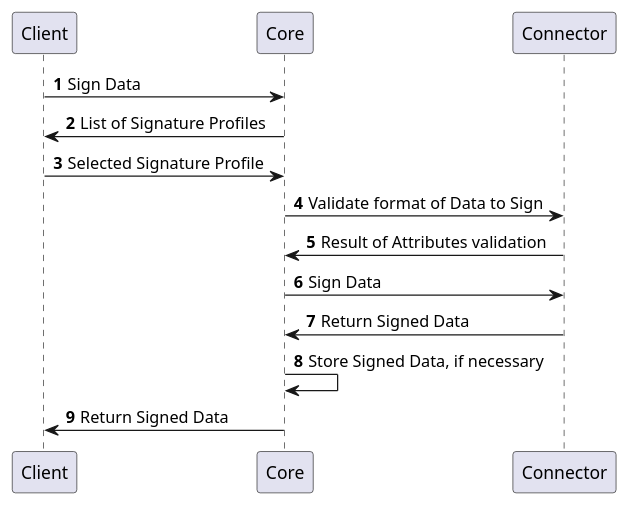
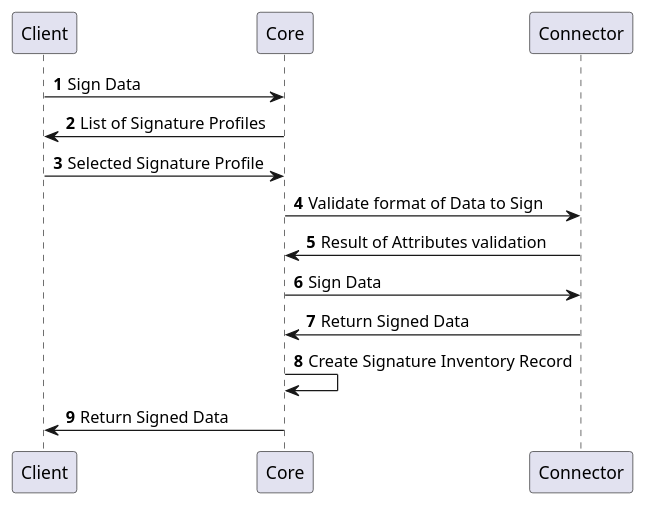
The ninth of 10 diagrams in docs/10-certificate-key/12-connectors/31-signature-provider.md (KaterinaBzatkova/CZERTAINLY-Documentation), drawn with PlantUML before and after one commit. The commit also changed other lines of this file, not shown here.

````diff
--- a/docs/10-certificate-key/12-connectors/31-signature-provider.md
+++ b/docs/10-certificate-key/12-connectors/31-signature-provider.md
@@ -176,15 +247,15 @@
 ```plantuml
     @startuml
     autonumber
     skinparam topurl https://docs.czertainly.com/api/
         Client -> Core [[core-client-operations/#tag/v2-Client-Operations/operation/revokeCertificate]]: Sign Data
         Core -> Client: List of Signature Profiles
         Client -> Core: Selected Signature Profile
         Core -> Connector [[connector-authority-provider-v2/#tag/Certificate-Management/operation/validateRevokeCertificateAttributes]]: Validate format of Data to Sign
         Connector -> Core: Result of Attributes validation
         Core -> Connector [[connector-authority-provider-v2/#tag/Certificate-Management/operation/revokeCertificate]]: Sign Data
         Connector -> Core: Return Signed Data 
-        Core -> Core: Store Signed Data, if necessary
+        Core -> Core: Create Signature Inventory Record
         Core -> Client: Return Signed Data
     @enduml
 ```
````
